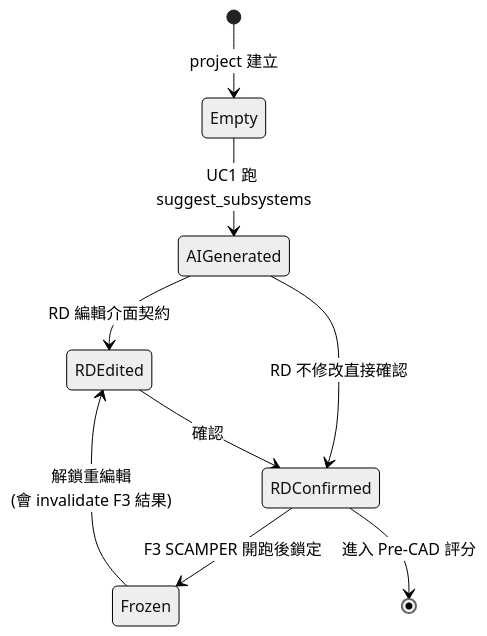
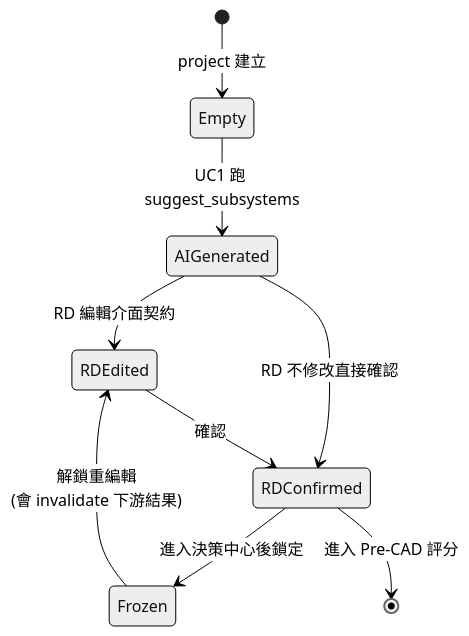
Diagram 16 of 26 in docs/01-define/diagrams/appendix-a--forward-subsystem-discovery.md (Zenobia0000/RD_copilot_system), drawn with Mermaid before and after one commit. The commit also changed other lines of this file and 77 other files, not shown here.

````diff
--- a/docs/01-define/diagrams/appendix-a--forward-subsystem-discovery.md
+++ b/docs/01-define/diagrams/appendix-a--forward-subsystem-discovery.md
@@ -832,12 +832,12 @@
 ```mermaid
 %%{init: {'theme': 'neutral'}}%%
 stateDiagram-v2
     [*] --> Empty: project 建立
     Empty --> AIGenerated: UC1 跑 suggest_subsystems
     AIGenerated --> RDEdited: RD 編輯介面契約
     AIGenerated --> RDConfirmed: RD 不修改直接確認
     RDEdited --> RDConfirmed: 確認
-    RDConfirmed --> Frozen: F3 SCAMPER 開跑後鎖定
-    Frozen --> RDEdited: 解鎖重編輯<br/>(會 invalidate F3 結果)
+    RDConfirmed --> Frozen: 進入決策中心後鎖定
+    Frozen --> RDEdited: 解鎖重編輯<br/>(會 invalidate 下游結果)
     RDConfirmed --> [*]: 進入 Pre-CAD 評分
 ```
````
